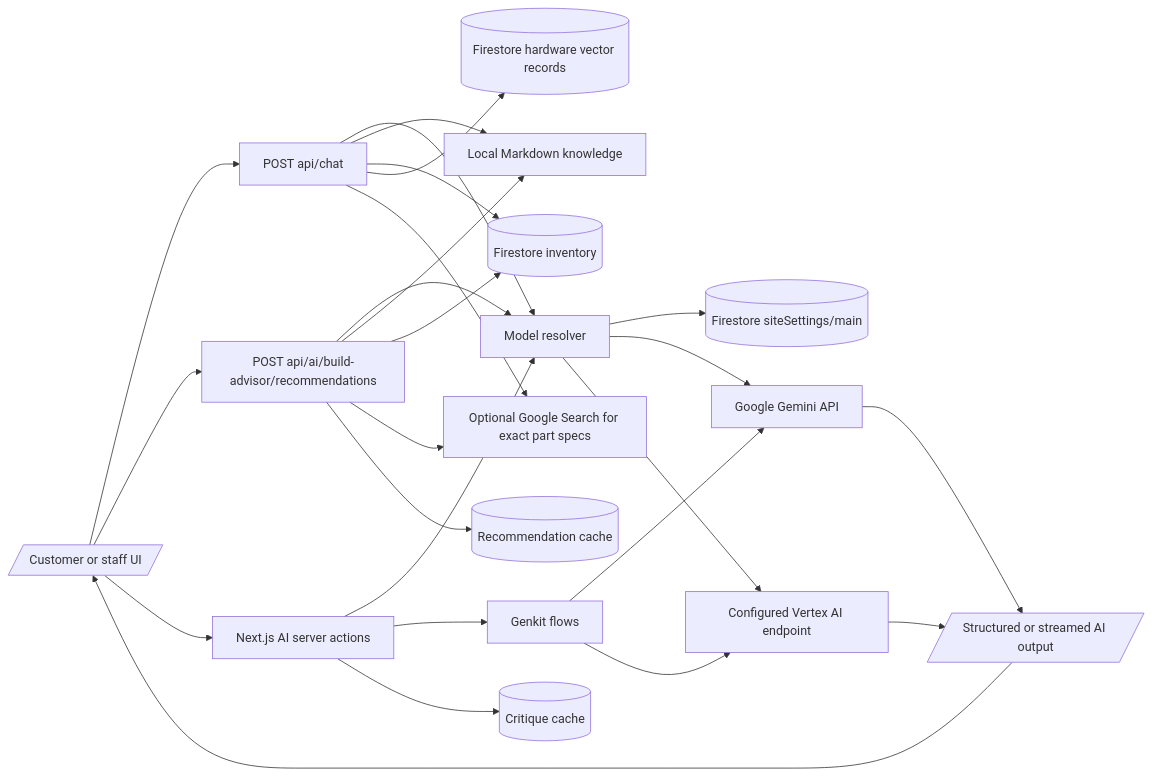
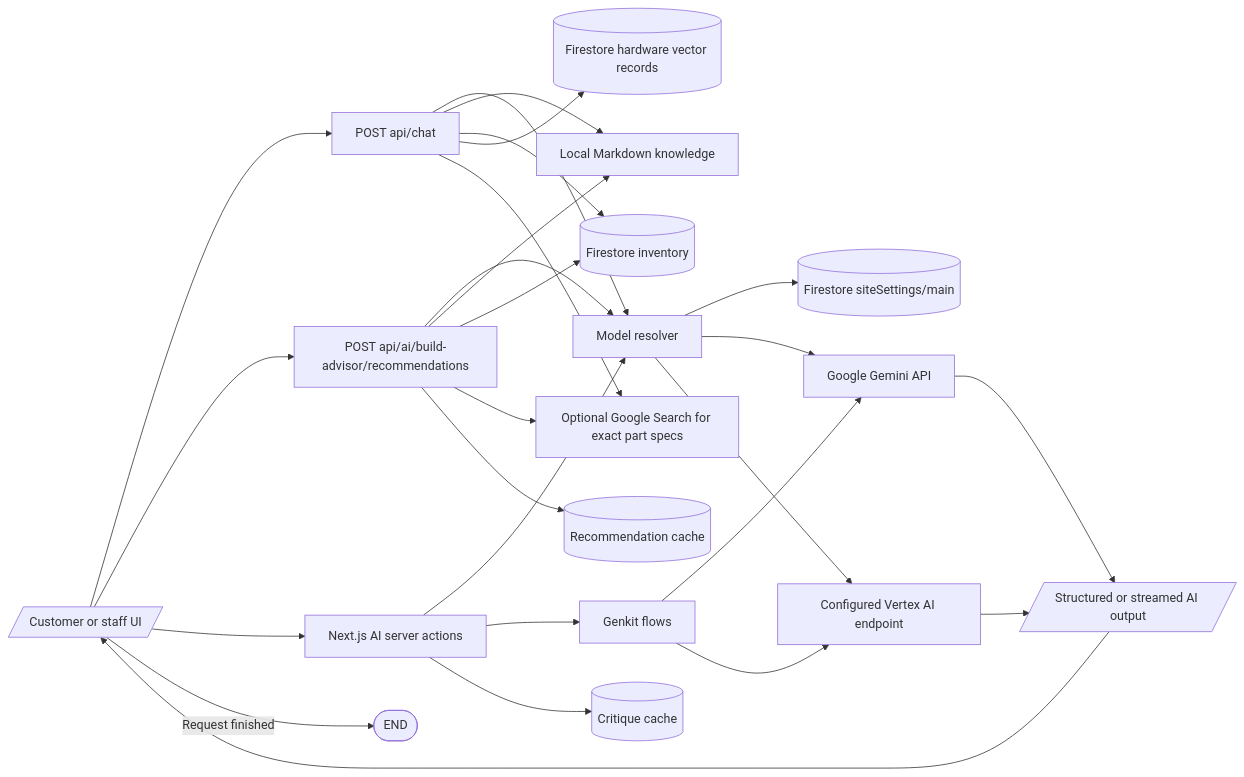
One commit to VirgenRayzon/BuilbotAI changed the diagram in docs/flowcharts/ai-system/ai-architecture-flowchart.md. Above: the diagram before and after it, drawn with Mermaid. The commit also changed other lines of this file and 109 other files, not shown here.

Commit message:
feat(builder): add live recommendations, budget slider, and updated system flowcharts

````diff
--- a/docs/flowcharts/ai-system/ai-architecture-flowchart.md
+++ b/docs/flowcharts/ai-system/ai-architecture-flowchart.md
@@ -3,27 +7,28 @@
 ```mermaid
 flowchart LR
   Browser[/Customer or staff UI/] --> Chat[POST api/chat]
   Browser --> Advisor[POST api/ai/build-advisor/recommendations]
   Browser --> Actions[Next.js AI server actions]
   Chat --> Routing[Model resolver]
   Advisor --> Routing
   Actions --> Routing
   Routing --> Settings[(Firestore siteSettings/main)]
   Routing --> Gemini[Google Gemini API]
   Routing --> Vertex[Configured Vertex AI endpoint]
   Actions --> Genkit[Genkit flows]
   Genkit --> Gemini
   Genkit --> Vertex
   Chat --> Local[Local Markdown knowledge]
   Chat --> Inventory[(Firestore inventory)]
   Chat --> Vector[(Firestore hardware vector records)]
   Chat --> Search[Optional Google Search for exact part specs]
   Advisor --> Local
   Advisor --> Inventory
   Advisor --> Search
   Advisor --> Cache[(Recommendation cache)]
   Actions --> Cache2[(Critique cache)]
   Gemini --> Output[/Structured or streamed AI output/]
   Vertex --> Output
   Output --> Browser
+  Browser -- Request finished --> Finish([END])
 ```
````
